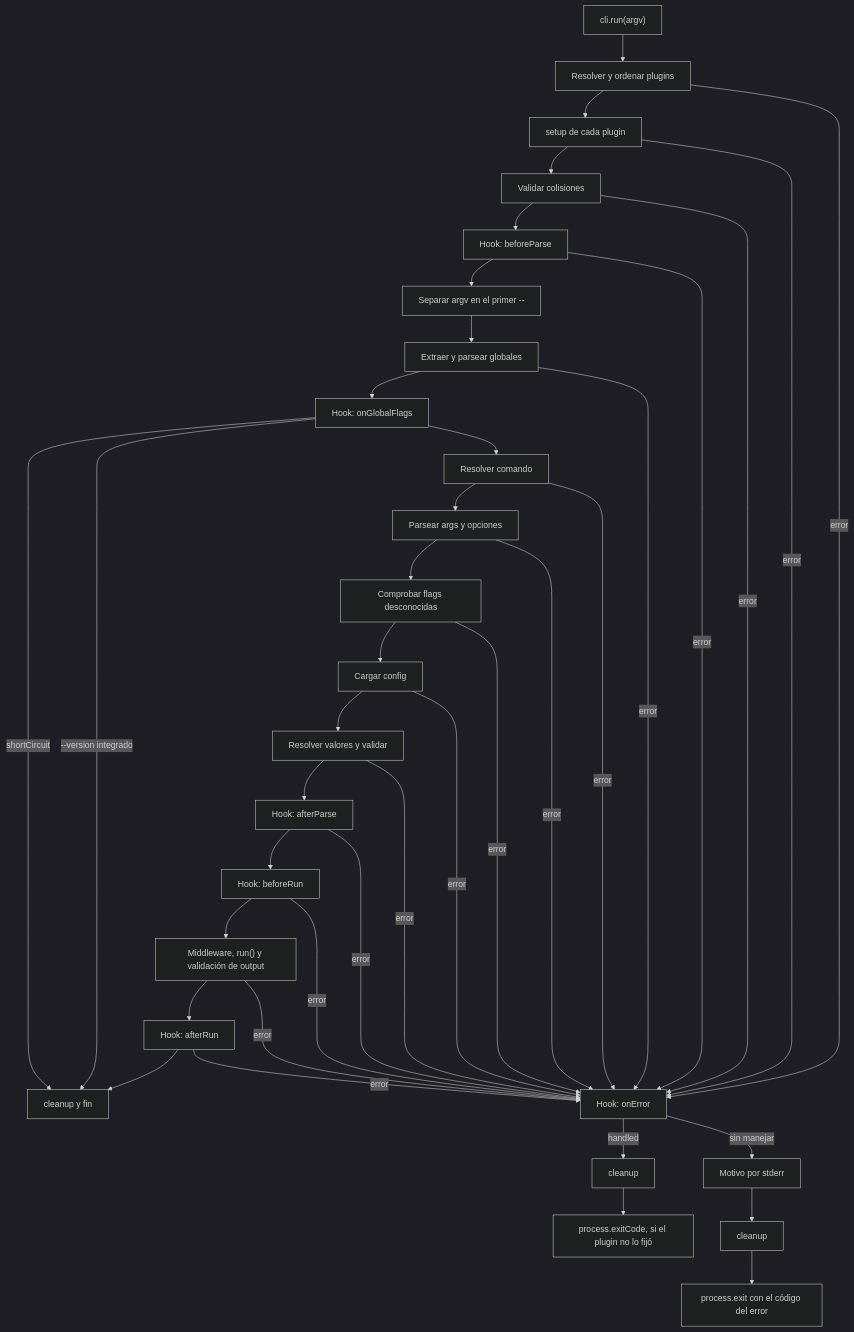
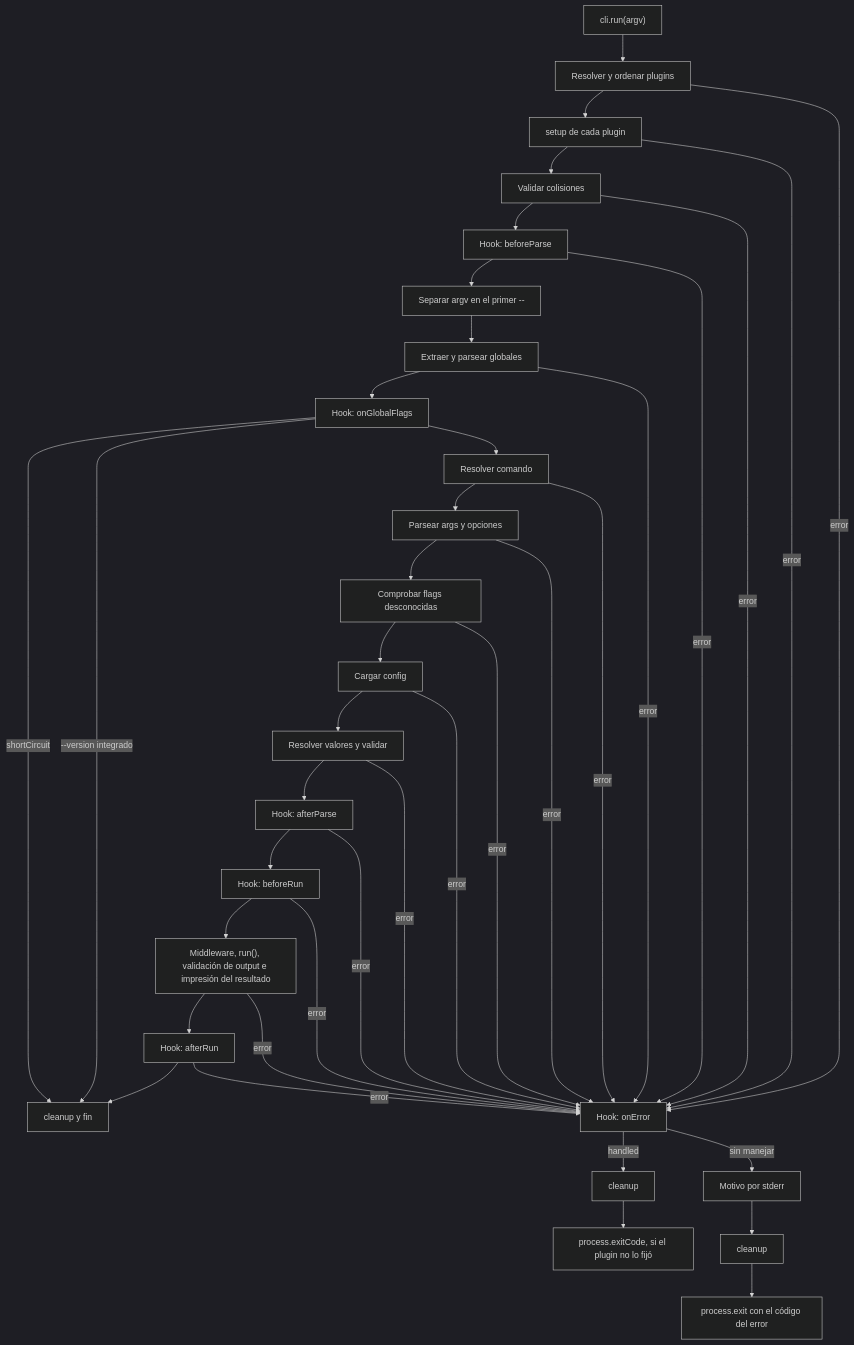
The first of 3 diagrams in docs/flows/cli-lifecycle.md (jrodrigopuca/runa-cmd), drawn with Mermaid (dark theme) before and after one commit. The commit also changed 21 other files, not shown here.

````diff
--- a/docs/flows/cli-lifecycle.md
+++ b/docs/flows/cli-lifecycle.md
@@ -7,28 +7,28 @@
 ```mermaid
 flowchart TD
     A["cli.run(argv)"] --> B["Resolver y ordenar plugins"]
     B --> C["setup de cada plugin"]
     C --> D["Validar colisiones"]
     D --> E["Hook: beforeParse"]
     E --> F["Separar argv en el primer --"]
     F --> G["Extraer y parsear globales"]
     G --> H["Hook: onGlobalFlags"]
     H -->|shortCircuit| Z["cleanup y fin"]
     H -->|"--version integrado"| Z
     H --> I["Resolver comando"]
     I --> J["Parsear args y opciones"]
     J --> K["Comprobar flags desconocidas"]
     K --> L["Cargar config"]
     L --> M["Resolver valores y validar"]
     M --> N["Hook: afterParse"]
     N --> O["Hook: beforeRun"]
-    O --> P["Middleware, run() y validación de output"]
+    O --> P["Middleware, run(), validación de output e impresión del resultado"]
     P --> Q["Hook: afterRun"]
     Q --> Z
     B & C & D & E & G & I & J & K & L & M & N & O & P & Q -->|error| R["Hook: onError"]
     R -->|handled| Y["cleanup"]
     R -->|"sin manejar"| S["Motivo por stderr"]
     S --> X["cleanup"]
     X --> W["process.exit con el código del error"]
     Y --> V["process.exitCode, si el plugin no lo fijó"]
 ```
````
